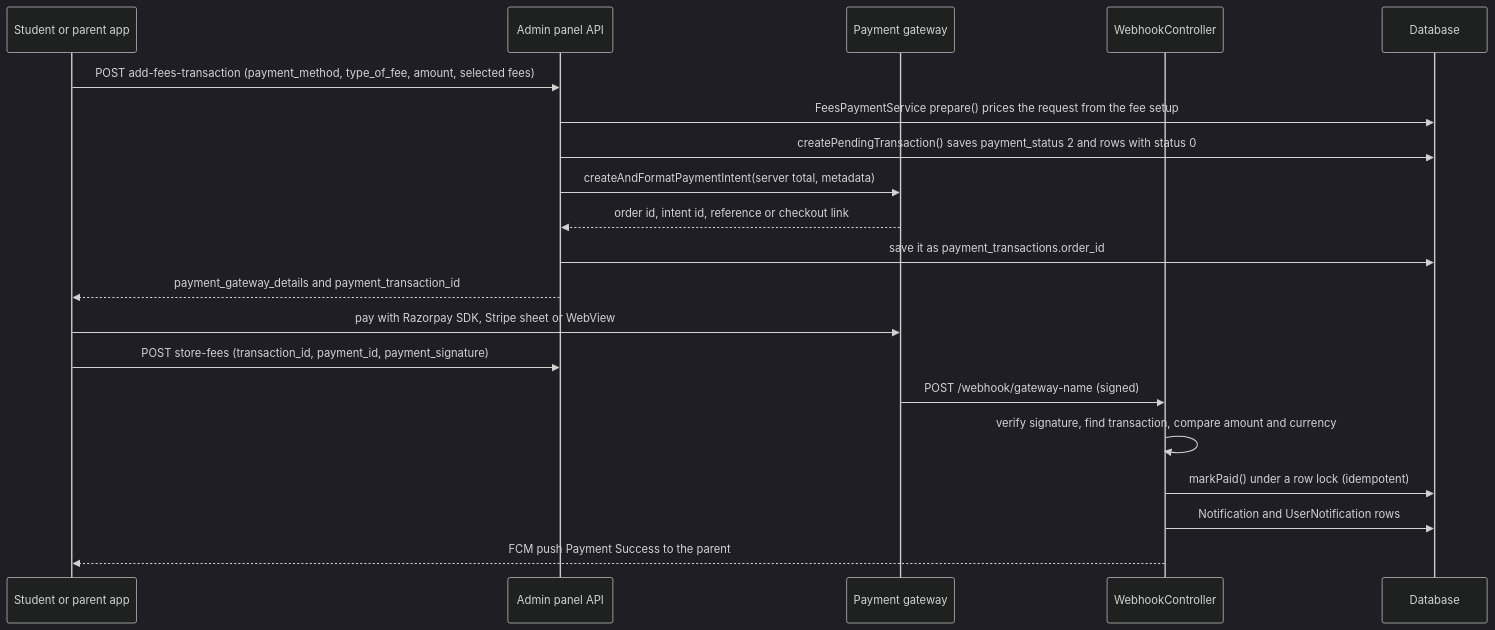
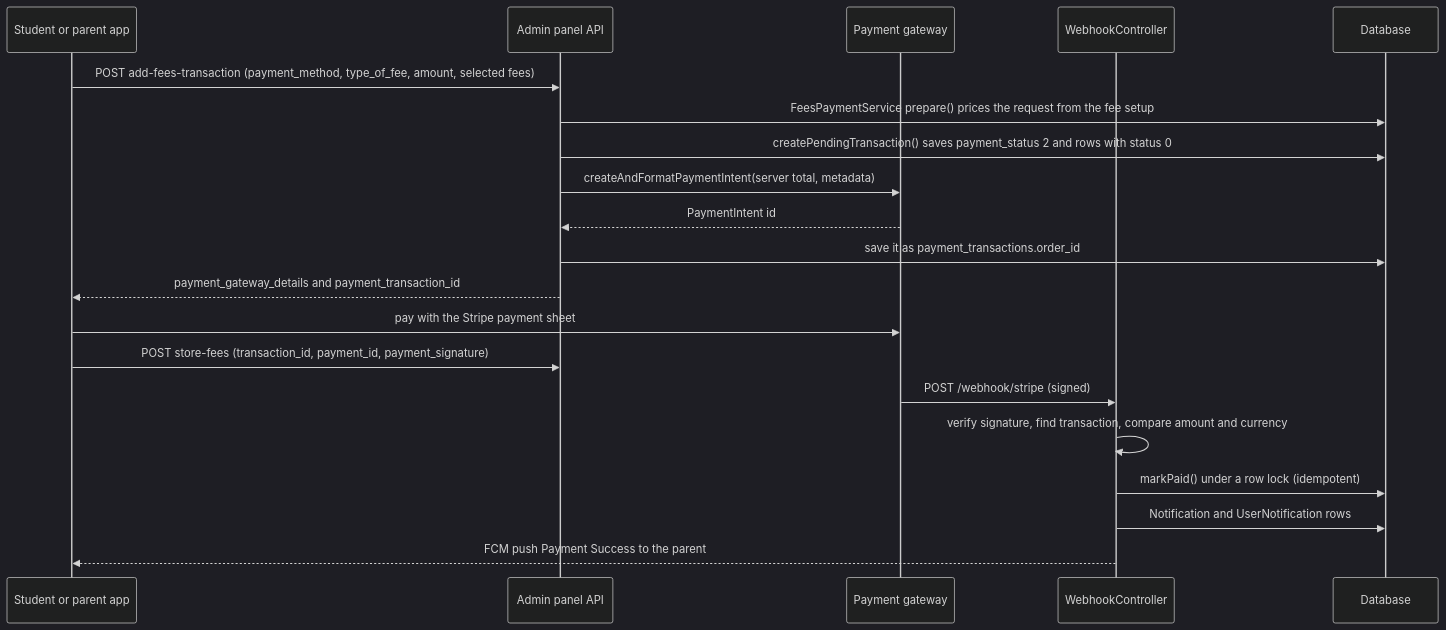
One commit to ShawnDaPrawn/Eschool changed the diagram in wiki/Payments.md. Above: the diagram before and after it, drawn with Mermaid (dark theme). The commit also changed other lines of this file and 17 other files, not shown here.

````diff
--- a/wiki/Payments.md
+++ b/wiki/Payments.md
@@ -55,22 +55,22 @@
 ```mermaid
 sequenceDiagram
     participant App as Student or parent app
     participant API as Admin panel API
     participant GW as Payment gateway
     participant WH as WebhookController
     participant DB as Database
     App->>API: POST add-fees-transaction (payment_method, type_of_fee, amount, selected fees)
     API->>DB: FeesPaymentService prepare() prices the request from the fee setup
     API->>DB: createPendingTransaction() saves payment_status 2 and rows with status 0
     API->>GW: createAndFormatPaymentIntent(server total, metadata)
-    GW-->>API: order id, intent id, reference or checkout link
+    GW-->>API: PaymentIntent id
     API->>DB: save it as payment_transactions.order_id
     API-->>App: payment_gateway_details and payment_transaction_id
-    App->>GW: pay with Razorpay SDK, Stripe sheet or WebView
+    App->>GW: pay with the Stripe payment sheet
     App->>API: POST store-fees (transaction_id, payment_id, payment_signature)
-    GW->>WH: POST /webhook/gateway-name (signed)
+    GW->>WH: POST /webhook/stripe (signed)
     WH->>WH: verify signature, find transaction, compare amount and currency
     WH->>DB: markPaid() under a row lock (idempotent)
     WH->>DB: Notification and UserNotification rows
     WH-->>App: FCM push Payment Success to the parent
 ```
````
